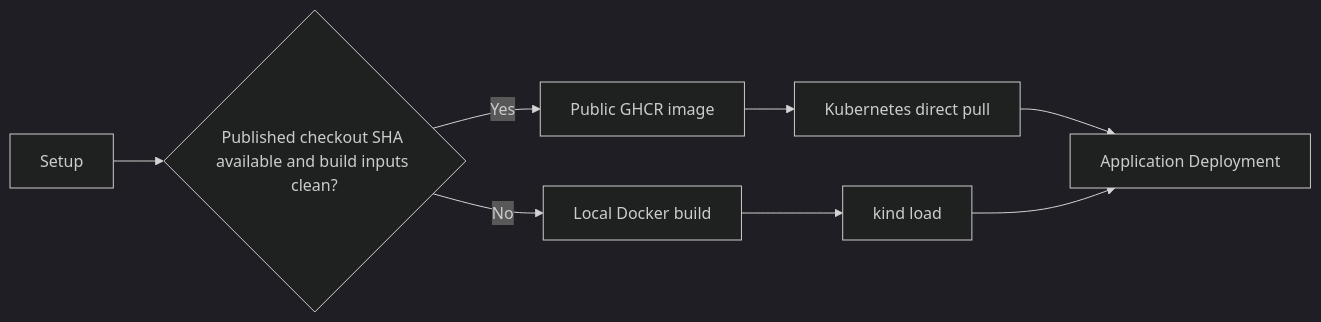
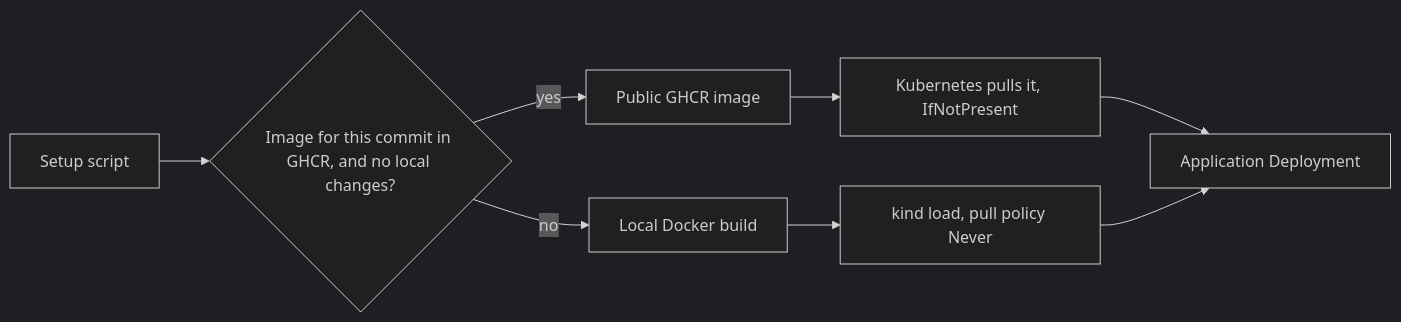
One commit to ouemnaa/crewmeister-devops-challenge changed the fifth of 8 diagrams in README.md. Above: the diagram before and after it, drawn with Mermaid (dark theme). The commit also changed other lines of this file, not shown here.

````diff
--- a/README.md
+++ b/README.md
@@ -271,10 +296,10 @@
 ```mermaid
 flowchart LR
-    setup[Setup] --> check{Published checkout SHA available and build inputs clean?}
-    check -->|Yes| ghcr[Public GHCR image]
-    ghcr --> pull[Kubernetes direct pull]
-    check -->|No| build[Local Docker build]
-    build --> load[kind load]
-    pull --> app[Application Deployment]
-    load --> app
+    setup["Setup script"] --> check{"Image for this commit in GHCR, and no local changes?"}
+    check -->|"yes"| ghcr["Public GHCR image"]
+    ghcr --> pull["Kubernetes pulls it, IfNotPresent"]
+    check -->|"no"| build["Local Docker build"]
+    build --> load["kind load, pull policy Never"]
+    pull --> deploy["Application Deployment"]
+    load --> deploy
 ```
````
